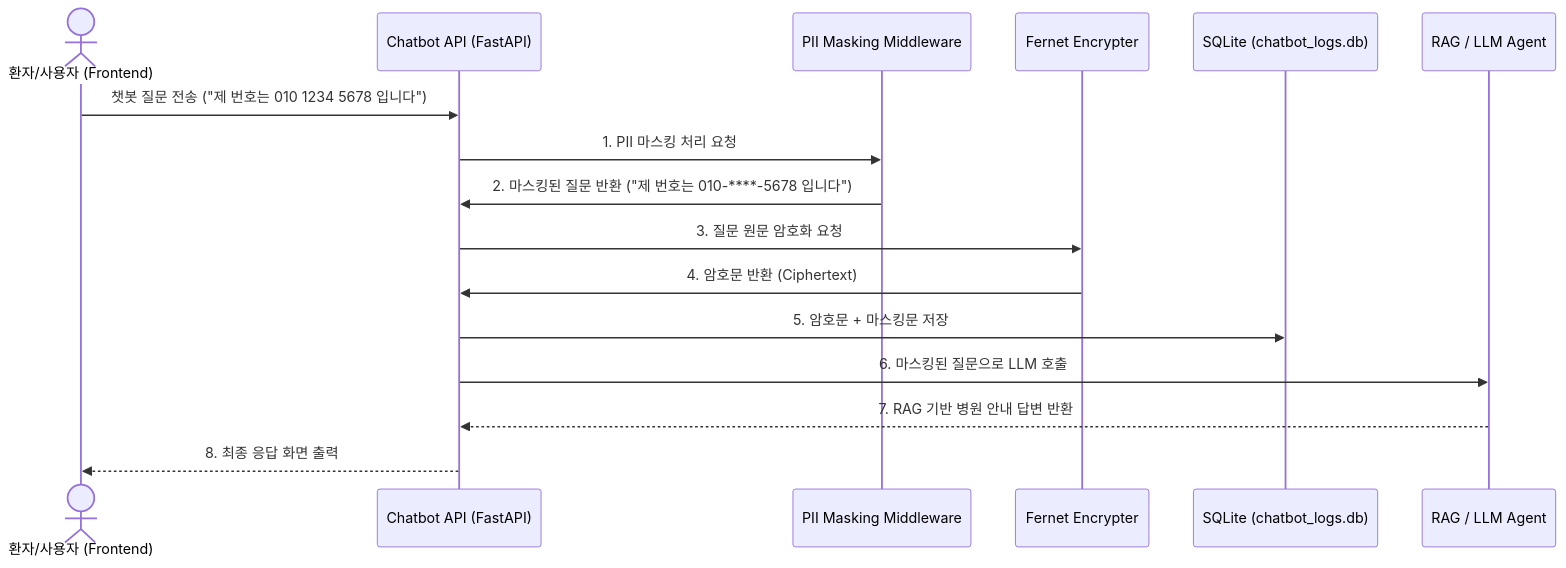
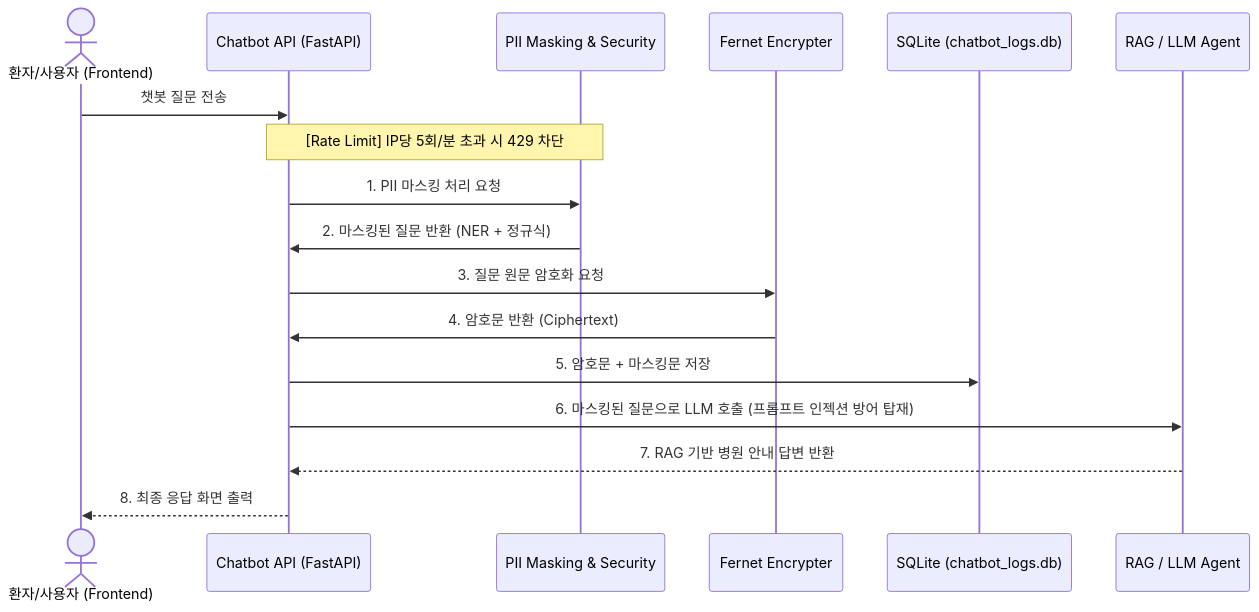
One commit to howl213/Miso_chatbot changed the diagram in report.md. Above: the diagram before and after it, drawn with Mermaid. The commit also changed other lines of this file and 8 other files, not shown here.

````diff
--- a/report.md
+++ b/report.md
@@ -16,19 +17,20 @@
 ```mermaid
 sequenceDiagram
     actor User as 환자/사용자 (Frontend)
     participant WAS as Chatbot API (FastAPI)
-    participant Middleware as PII Masking Middleware
+    participant Middleware as PII Masking & Security
     participant Crypto as Fernet Encrypter
     participant DB as SQLite (chatbot_logs.db)
     participant Agent as RAG / LLM Agent
 
-    User->>WAS: 챗봇 질문 전송 ("제 번호는 010 1234 5678 입니다")
+    User->>WAS: 챗봇 질문 전송
+    Note over WAS,Middleware: [Rate Limit] IP당 5회/분 초과 시 429 차단
     WAS->>Middleware: 1. PII 마스킹 처리 요청
-    Middleware->>WAS: 2. 마스킹된 질문 반환 ("제 번호는 010-****-5678 입니다")
+    Middleware->>WAS: 2. 마스킹된 질문 반환 (NER + 정규식)
     WAS->>Crypto: 3. 질문 원문 암호화 요청
     Crypto->>WAS: 4. 암호문 반환 (Ciphertext)
     WAS->>DB: 5. 암호문 + 마스킹문 저장
-    WAS->>Agent: 6. 마스킹된 질문으로 LLM 호출
+    WAS->>Agent: 6. 마스킹된 질문으로 LLM 호출 (프롬프트 인젝션 방어 탑재)
     Agent-->>WAS: 7. RAG 기반 병원 안내 답변 반환
     WAS-->>User: 8. 최종 응답 화면 출력
 ```
````
